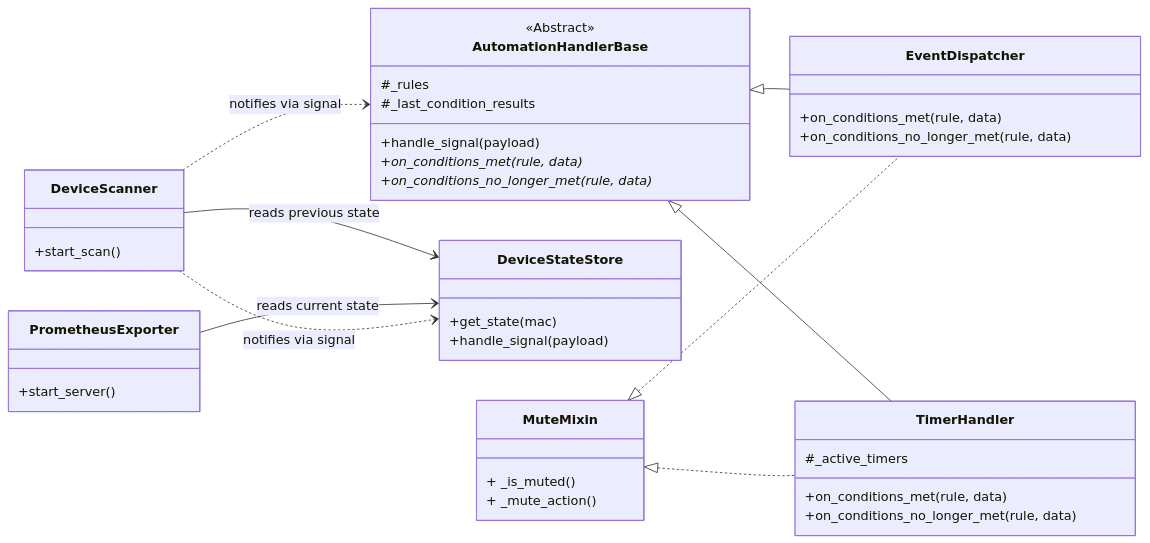
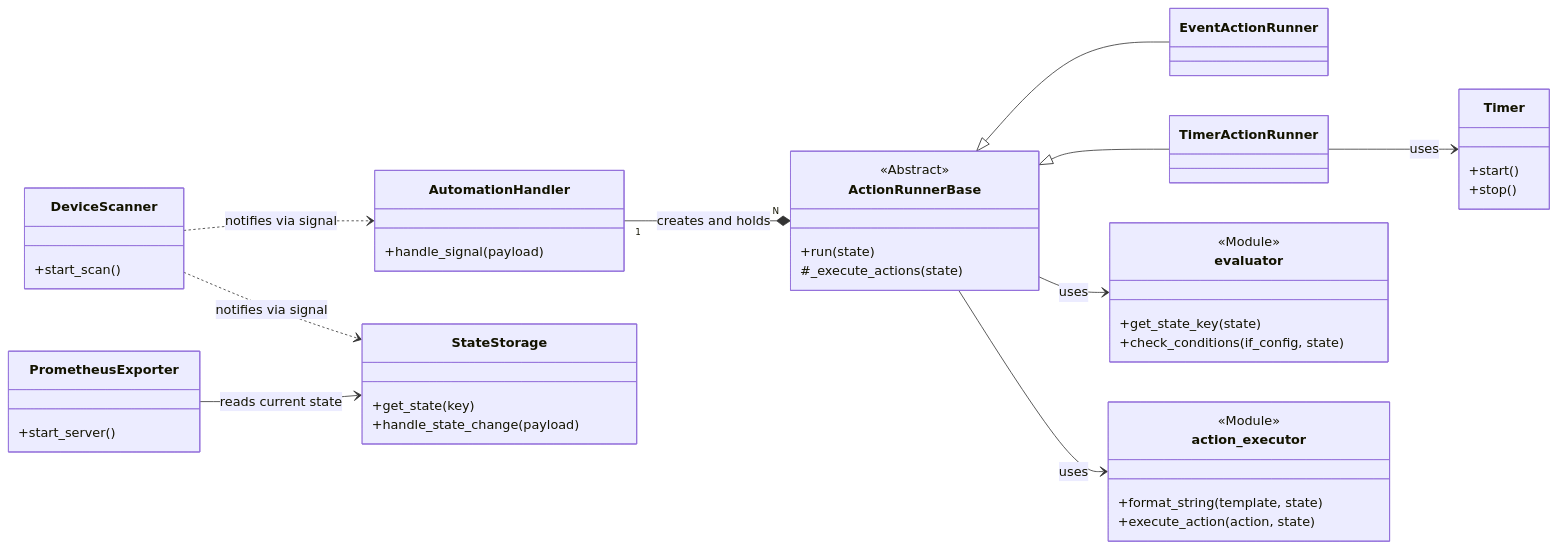
One commit to hnw/switchbot-actions changed the diagram in docs/specification.md. Above: the diagram before and after it, drawn with Mermaid. The commit also changed other lines of this file and 36 other files, not shown here.

First line of the commit message:
refactor: Introduce ActionRunner and modularize automation logic

````diff
--- a/docs/specification.md
+++ b/docs/specification.md
@@ -23,45 +25,51 @@
 ```mermaid
 classDiagram
     direction LR
-    class AutomationHandlerBase {
+    class AutomationHandler {
+        +handle_signal(payload)
+    }
+    class ActionRunnerBase {
         <<Abstract>>
-        #_rules
-        #_last_condition_results
-        +handle_signal(payload)
-        +on_conditions_met(rule, data)*
-        +on_conditions_no_longer_met(rule, data)*
+        +run(state)
+        #_execute_actions(state)
     }
-    class EventDispatcher {
-        +on_conditions_met(rule, data)
-        +on_conditions_no_longer_met(rule, data)
-    }
-    class TimerHandler {
-        #_active_timers
-        +on_conditions_met(rule, data)
-        +on_conditions_no_longer_met(rule, data)
-    }
+    class EventActionRunner
+    class TimerActionRunner
     class DeviceScanner {
         +start_scan()
     }
-    class DeviceStateStore {
-        +get_state(mac)
-        +handle_signal(payload)
+    class StateStorage {
+        +get_state(key)
+        +handle_state_change(payload)
     }
     class PrometheusExporter{
         +start_server()
     }
-    class MuteMixin {
-        + _is_muted()
-        + _mute_action()
+    class evaluator {
+        <<Module>>
+        +get_state_key(state)
+        +check_conditions(if_config, state)
     }
-    AutomationHandlerBase <|-- EventDispatcher
-    MuteMixin <|.. EventDispatcher
-    AutomationHandlerBase <|-- TimerHandler
-    MuteMixin <|.. TimerHandler
+    class action_executor {
+        <<Module>>
+        +format_string(template, state)
+        +execute_action(action, state)
+    }
+    class Timer {
+        +start()
+        +stop()
+    }
 
-    DeviceScanner --> DeviceStateStore : reads previous state
-    PrometheusExporter --> DeviceStateStore : reads current state
+    AutomationHandler "1" --* "N" ActionRunnerBase : creates and holds
+    ActionRunnerBase <|-- EventActionRunner
+    ActionRunnerBase <|-- TimerActionRunner
 
-    DeviceScanner ..> AutomationHandlerBase : notifies via signal
-    DeviceScanner ..> DeviceStateStore : notifies via signal
+    PrometheusExporter --> StateStorage : reads current state
+
+    DeviceScanner ..> StateStorage : notifies via signal
+    DeviceScanner ..> AutomationHandler : notifies via signal
+
+    ActionRunnerBase --> evaluator : uses
+    ActionRunnerBase --> action_executor : uses
+    TimerActionRunner --> Timer : uses
 ```
````
